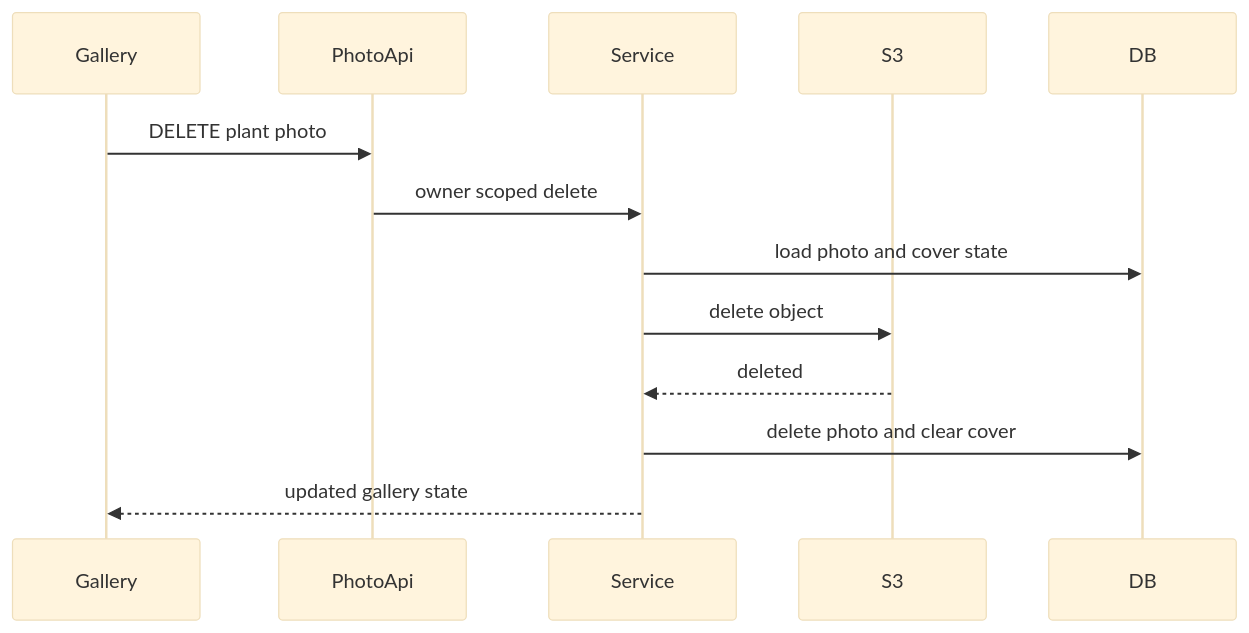
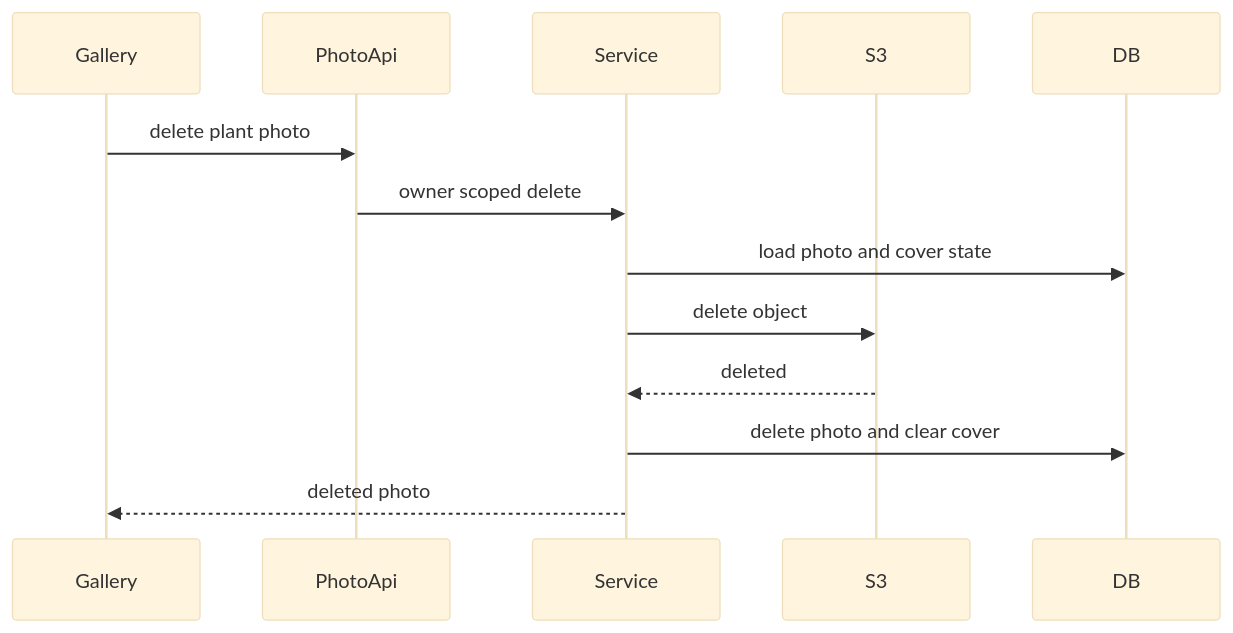
The fourth of 5 diagrams in .kiro/specs/plant-image-management/design.md (atoook/green-log), drawn with Mermaid (base theme) before and after one commit. The commit also changed other lines of this file and 2 other files, not shown here.

Commit message:
execute $kiro-spec-design plant-image-management -y

````diff
--- a/.kiro/specs/plant-image-management/design.md
+++ b/.kiro/specs/plant-image-management/design.md
@@ -200,15 +217,15 @@
 ```mermaid
 sequenceDiagram
     participant Gallery
     participant PhotoApi
     participant Service
     participant S3
     participant DB
-    Gallery->>PhotoApi: DELETE plant photo
+    Gallery->>PhotoApi: delete plant photo
     PhotoApi->>Service: owner scoped delete
     Service->>DB: load photo and cover state
     Service->>S3: delete object
     S3-->>Service: deleted
     Service->>DB: delete photo and clear cover
-    Service-->>Gallery: updated gallery state
+    Service-->>Gallery: deleted photo
 ```
````
